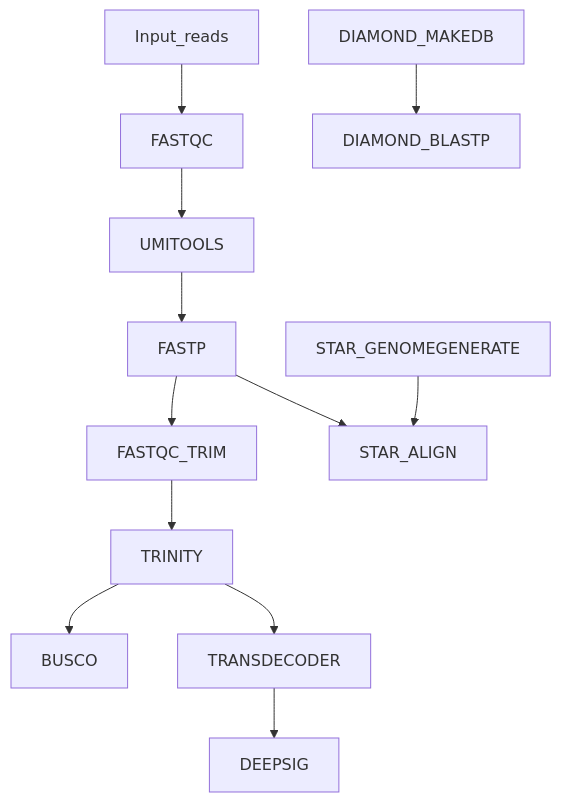
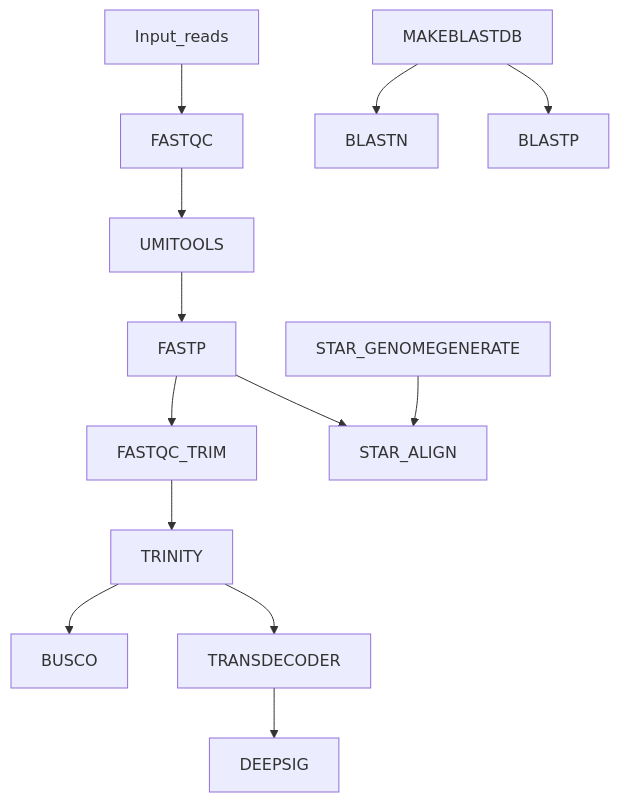
One commit to EPegueroS/transcriptassembler changed the diagram in README.md. Above: the diagram before and after it, drawn with Mermaid.

Commit message:
updated mermaid graph

````diff
--- a/README.md
+++ b/README.md
@@ -22,14 +22,15 @@
 ```mermaid
 graph TD;
     Input_reads-->FASTQC;
     FASTQC-->UMITOOLS;
     UMITOOLS-->FASTP;
     FASTP-->FASTQC_TRIM;
     FASTQC_TRIM-->TRINITY;
     TRINITY-->BUSCO;
     TRINITY-->TRANSDECODER;
     TRANSDECODER-->DEEPSIG;
-    DIAMOND_MAKEDB-->DIAMOND_BLASTP;
+    MAKEBLASTDB-->BLASTN;
+    MAKEBLASTDB-->BLASTP;
     STAR_GENOMEGENERATE-->STAR_ALIGN;
     FASTP-->STAR_ALIGN;
 ```
````
